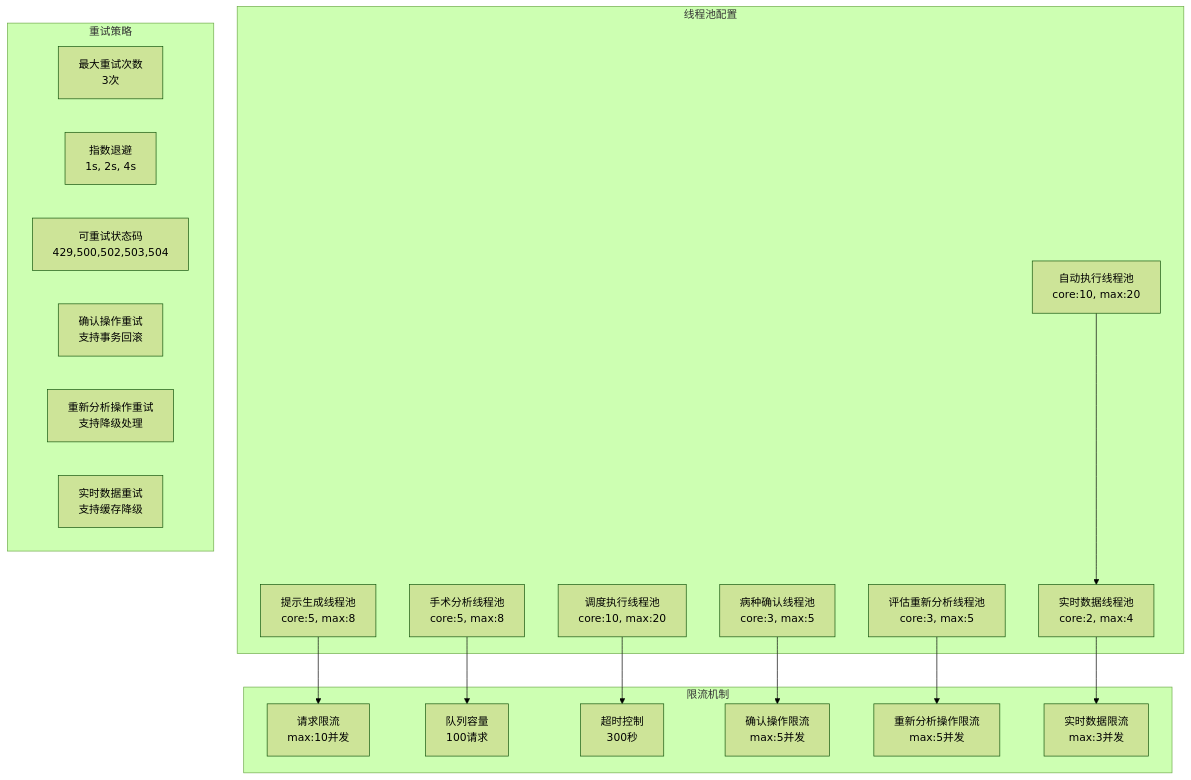
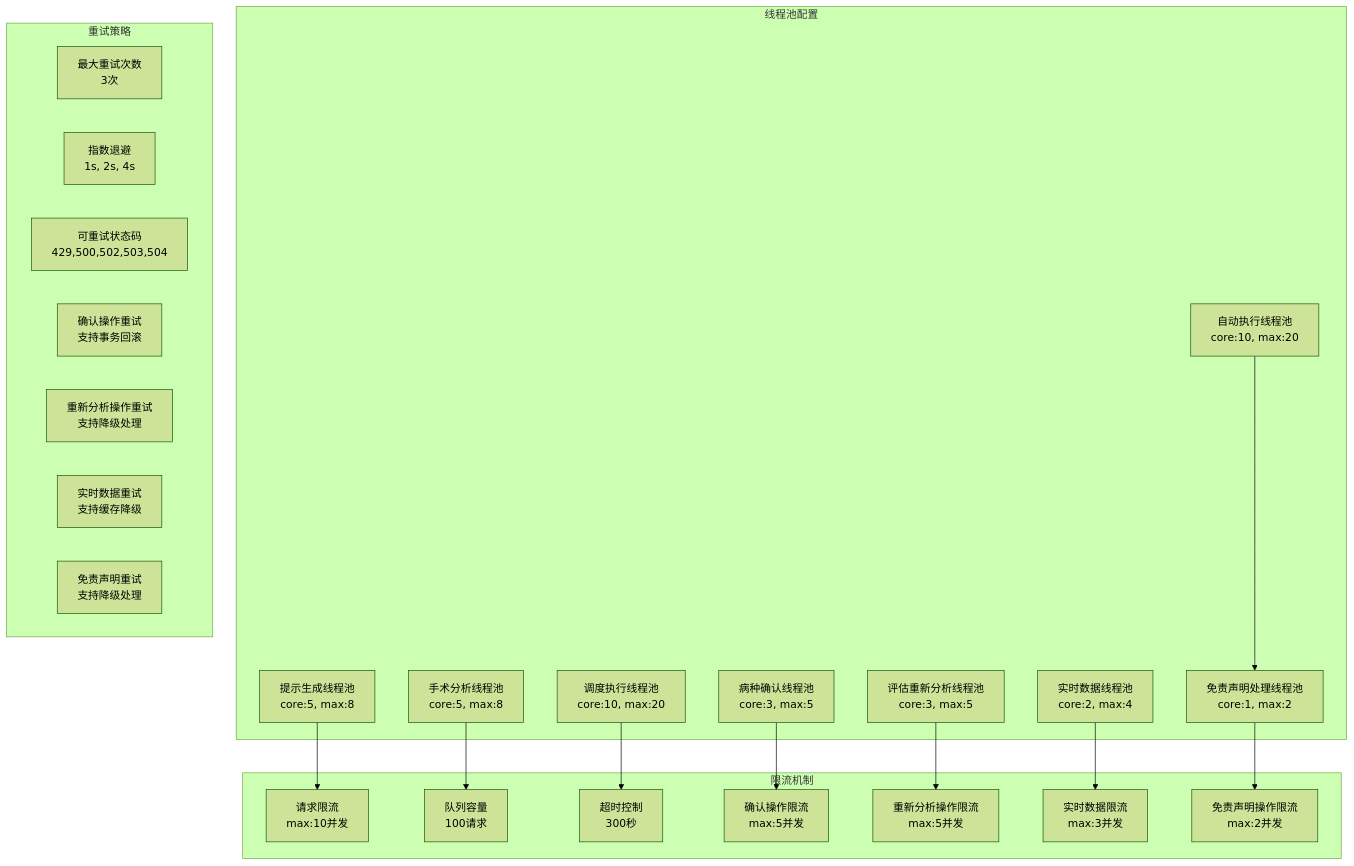
Diagram 19 of 19 in .qoder/repowiki/zh/content/核心功能模块/质量控制系统.md (liuzh2008/med_ai_assistant_workspace), drawn with Mermaid (forest theme) before and after one commit. The commit also changed other lines of this file and 9 other files, not shown here.

````diff
--- a/.qoder/repowiki/zh/content/核心功能模块/质量控制系统.md
+++ b/.qoder/repowiki/zh/content/核心功能模块/质量控制系统.md
@@ -870,35 +1025,39 @@
 ```mermaid
 graph TB
 subgraph "线程池配置"
 A[自动执行线程池<br/>core:10, max:20]
 B[提示生成线程池<br/>core:5, max:8]
 C[手术分析线程池<br/>core:5, max:8]
 D[调度执行线程池<br/>core:10, max:20]
 E[病种确认线程池<br/>core:3, max:5]
 F[评估重新分析线程池<br/>core:3, max:5]
 G[实时数据线程池<br/>core:2, max:4]
+H[免责声明处理线程池<br/>core:1, max:2]
 end
 subgraph "限流机制"
-H[请求限流<br/>max:10并发]
-I[队列容量<br/>100请求]
-J[超时控制<br/>300秒]
-K[确认操作限流<br/>max:5并发]
-L[重新分析操作限流<br/>max:5并发]
-M[实时数据限流<br/>max:3并发]
+I[请求限流<br/>max:10并发]
+J[队列容量<br/>100请求]
+K[超时控制<br/>300秒]
+L[确认操作限流<br/>max:5并发]
+M[重新分析操作限流<br/>max:5并发]
+N[实时数据限流<br/>max:3并发]
+O[免责声明操作限流<br/>max:2并发]
 end
 subgraph "重试策略"
-N[最大重试次数<br/>3次]
-O[指数退避<br/>1s, 2s, 4s]
-P[可重试状态码<br/>429,500,502,503,504]
-Q[确认操作重试<br/>支持事务回滚]
-R[重新分析操作重试<br/>支持降级处理]
-S[实时数据重试<br/>支持缓存降级]
+P[最大重试次数<br/>3次]
+Q[指数退避<br/>1s, 2s, 4s]
+R[可重试状态码<br/>429,500,502,503,504]
+S[确认操作重试<br/>支持事务回滚]
+T[重新分析操作重试<br/>支持降级处理]
+U[实时数据重试<br/>支持缓存降级]
+V[免责声明重试<br/>支持降级处理]
 end
-A --> G
-B --> H
-C --> I
-D --> J
-E --> K
-F --> L
-G --> M
+A --> H
+B --> I
+C --> J
+D --> K
+E --> L
+F --> M
+G --> N
+H --> O
 ```
````
